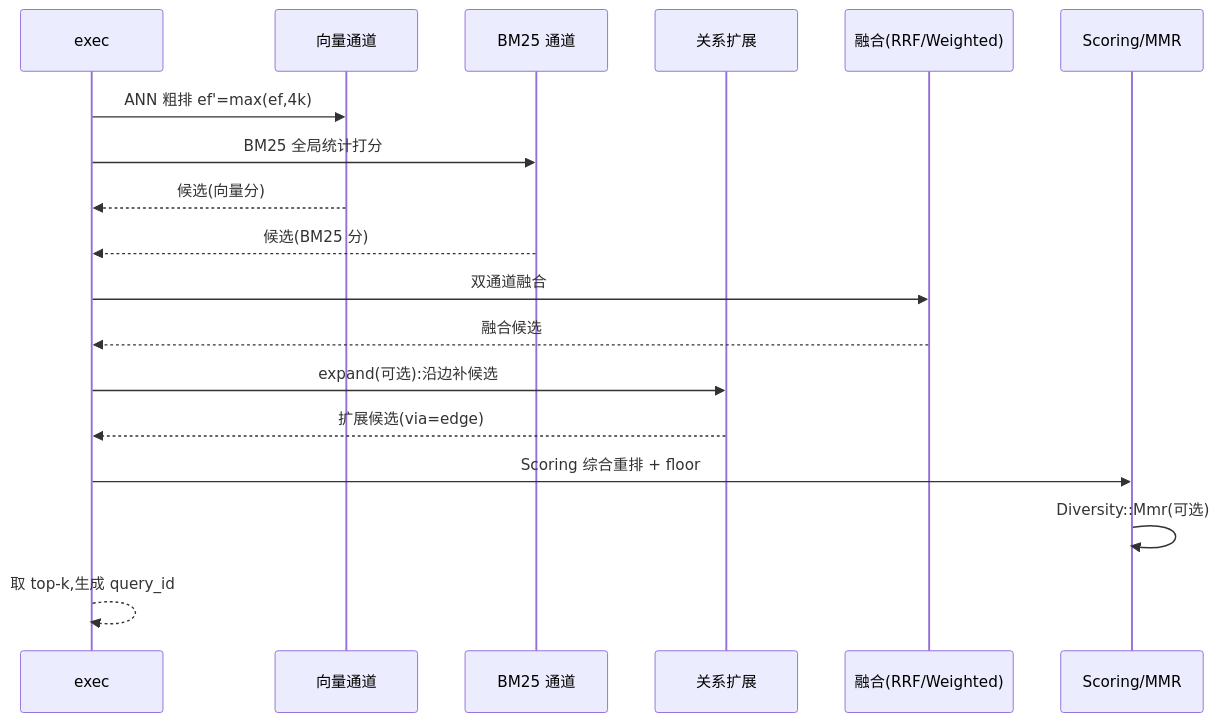
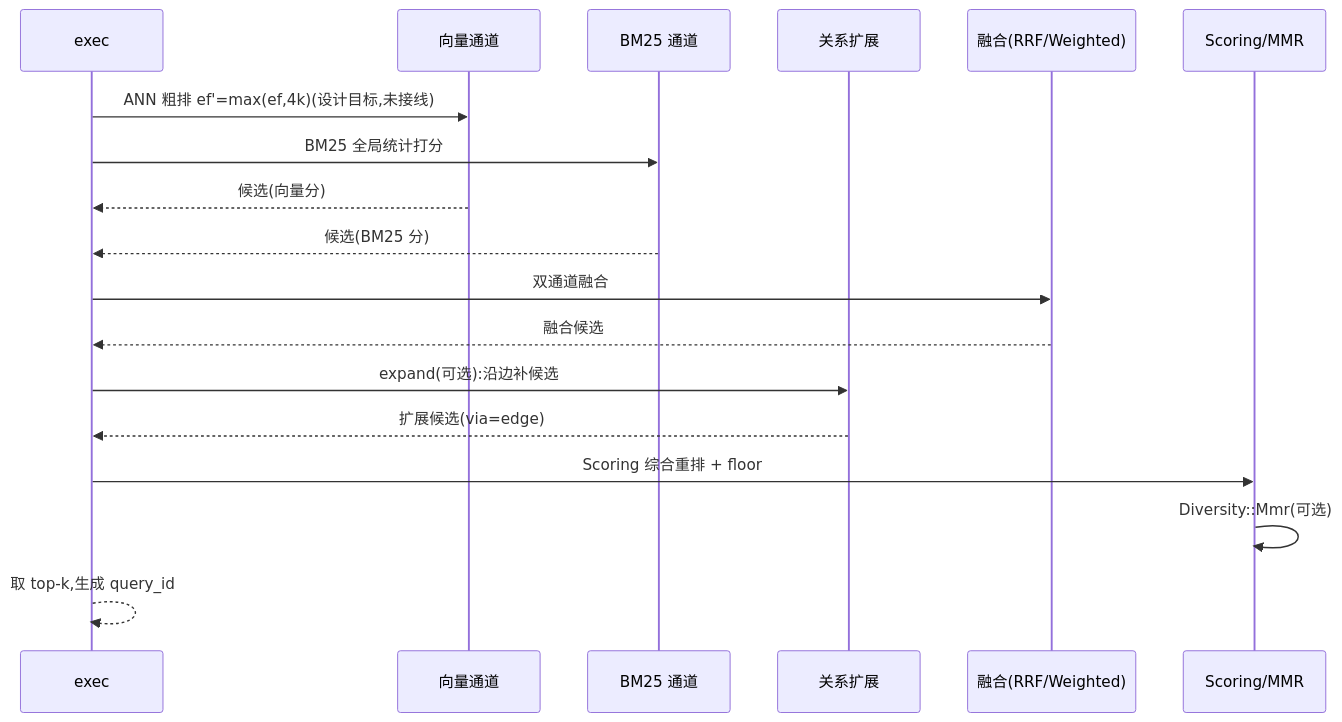
One commit to oxroot-crypto/mneme changed the diagram in docs/design/10-scoring.md. Above: the diagram before and after it, drawn with Mermaid. The commit also changed other lines of this file and 110 other files, not shown here.

````diff
--- a/docs/design/10-scoring.md
+++ b/docs/design/10-scoring.md
@@ -193,21 +209,21 @@
 ```mermaid
 sequenceDiagram
     participant E as exec
     participant V as 向量通道
     participant B as BM25 通道
     participant R as 关系扩展
     participant F as 融合(RRF/Weighted)
     participant S as Scoring/MMR
 
-    E->>V: ANN 粗排 ef'=max(ef,4k)
+    E->>V: ANN 粗排 ef'=max(ef,4k)(设计目标,未接线)
     E->>B: BM25 全局统计打分
     V-->>E: 候选(向量分)
     B-->>E: 候选(BM25 分)
     E->>F: 双通道融合
     F-->>E: 融合候选
     E->>R: expand(可选):沿边补候选
     R-->>E: 扩展候选(via=edge)
     E->>S: Scoring 综合重排 + floor
     S->>S: Diversity::Mmr(可选)
     E-->>E: 取 top-k,生成 query_id
 ```
````
